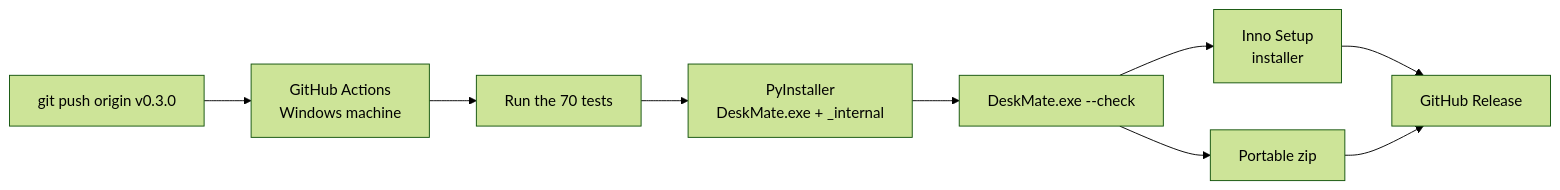
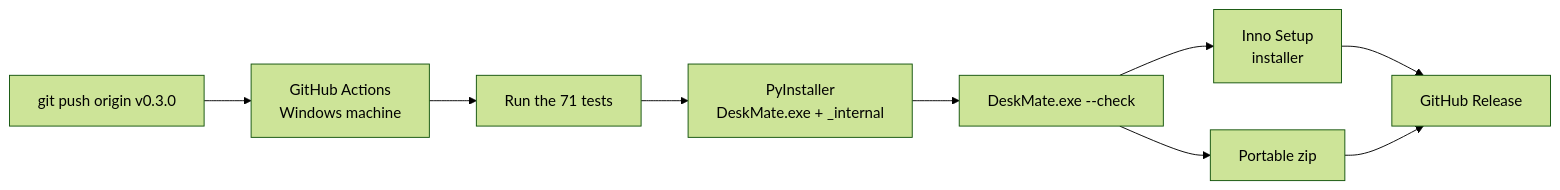
The second of 2 diagrams in TUTORIAL.md (MuizKmz/deskmate), drawn with Mermaid (forest theme) before and after one commit. The commit also changed 4 other files, not shown here.

````diff
--- a/TUTORIAL.md
+++ b/TUTORIAL.md
@@ -360,11 +360,11 @@
 ```mermaid
 flowchart LR
     T["git push origin v0.3.0"] --> GA[GitHub Actions<br/>Windows machine]
-    GA --> TS[Run the 70 tests]
+    GA --> TS[Run the 71 tests]
     TS --> PI["PyInstaller<br/>DeskMate.exe + _internal"]
     PI --> CK["DeskMate.exe --check"]
     CK --> IS[Inno Setup<br/>installer]
     CK --> ZIP[Portable zip]
     IS --> R[GitHub Release]
     ZIP --> R
 ```
````
